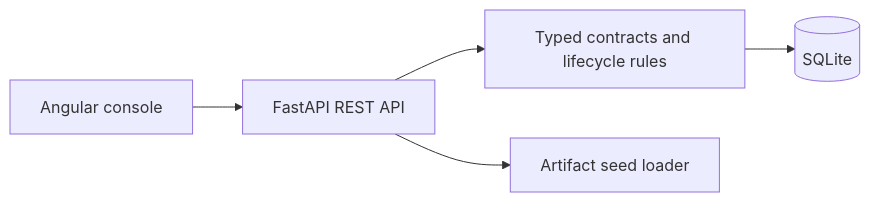
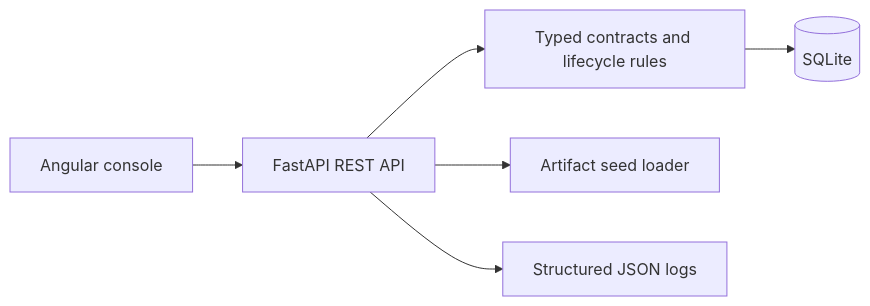
One commit to IITGoaPyVidya/ABB changed the diagram in src/documentation/architecture.md. Above: the diagram before and after it, drawn with Mermaid. The commit also changed other lines of this file and 21 other files, not shown here.

````diff
--- a/src/documentation/architecture.md
+++ b/src/documentation/architecture.md
@@ -7,7 +7,8 @@
 ```mermaid
 flowchart LR
  UI[Angular console] --> API[FastAPI REST API]
  API --> DOMAIN[Typed contracts and lifecycle rules]
  DOMAIN --> DB[(SQLite)]
  API --> SEED[Artifact seed loader]
+ API --> LOG[Structured JSON logs]
 ```
````
